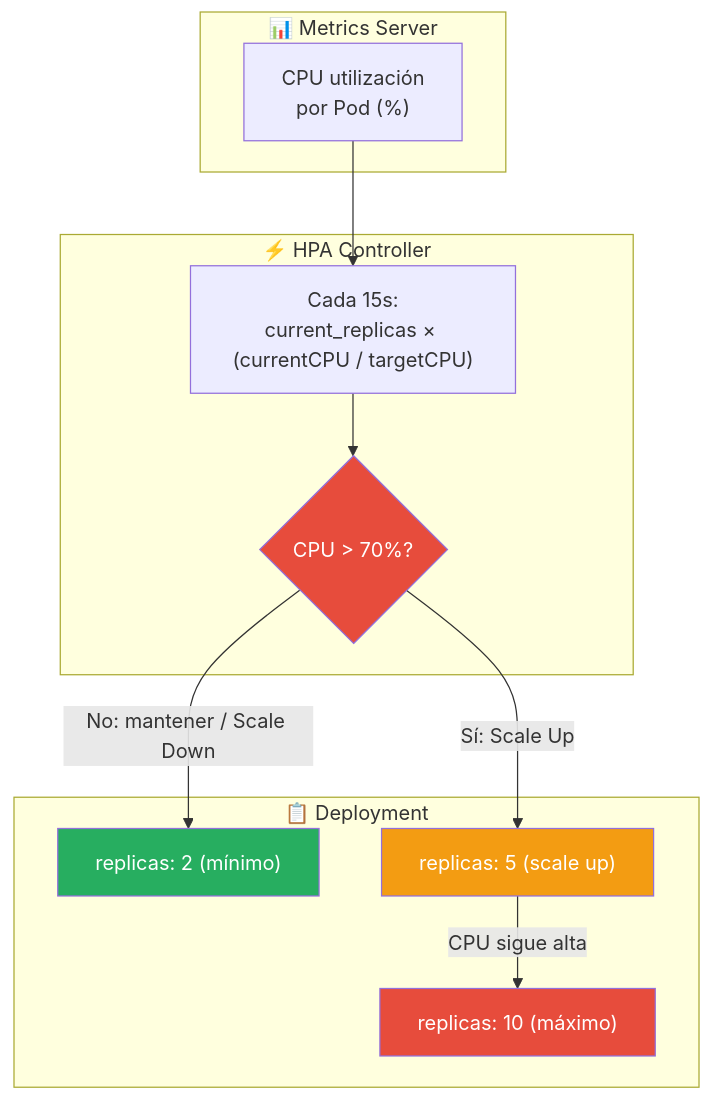
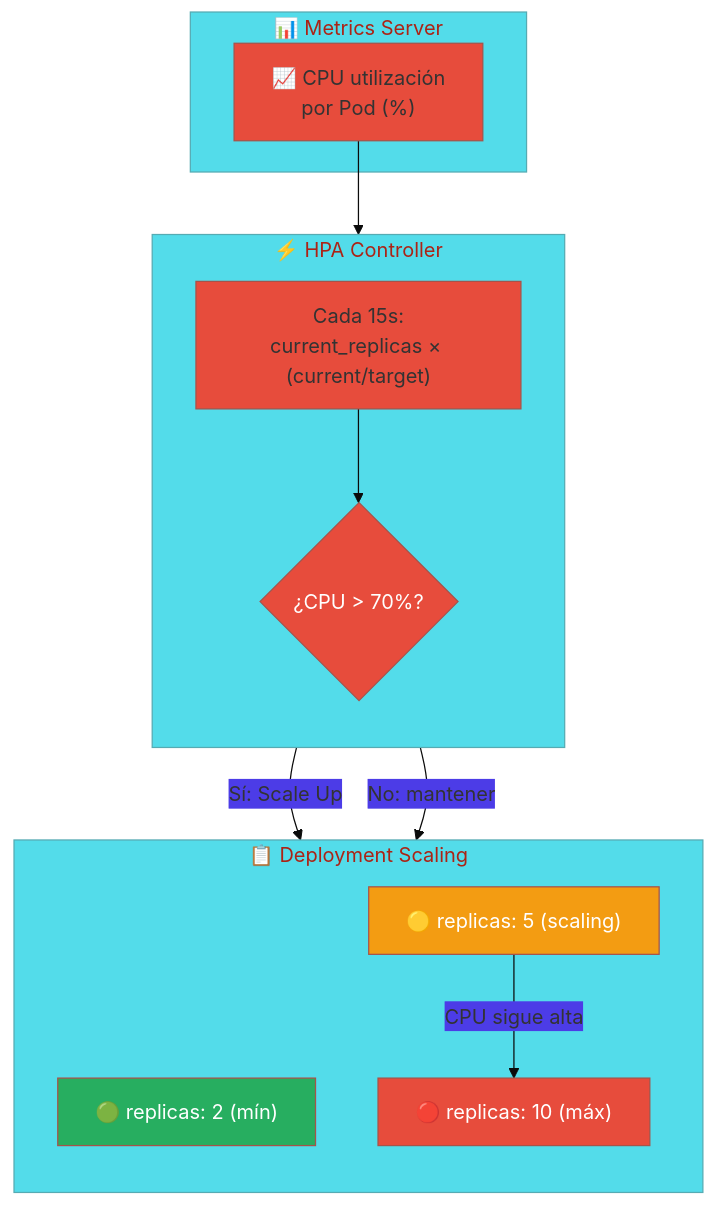
One commit to vladimiracunadev-create/proyectos-aws changed the fourth of 4 diagrams in caso-k-kubernetes-eks/docs/architecture.md. Above: the diagram before and after it, drawn with Mermaid. The commit also changed other lines of this file and 6 other files, not shown here.

Commit message:
docs: mass optimization of architecture diagrams for all completed cases (A, B, C, D, J, K, L) - vertical flow and premium styles

````diff
--- a/caso-k-kubernetes-eks/docs/architecture.md
+++ b/caso-k-kubernetes-eks/docs/architecture.md
@@ -144,28 +151,31 @@
 ```mermaid
+%%{init: {'theme': 'base', 'themeVariables': { 'primaryColor': '#E74C3C', 'fontsize': '16px' }}}%%
 graph TB
     subgraph Metrics["📊 Metrics Server"]
-        CPU["CPU utilización\npor Pod (%)"]
+        CPU["📈 CPU utilización\npor Pod (%)"]
     end
 
-    subgraph HPA["⚡ HPA Controller"]
-        Check["Cada 15s:\ncurrent_replicas × (currentCPU / targetCPU)"]
-        Decision{"CPU > 70%?"}
+    subgraph HPA_Controller["⚡ HPA Controller"]
+        direction TB
+        Check["Cada 15s:\ncurrent_replicas × (current/target)"]
+        Decision{"¿CPU > 70%?"}
     end
 
-    subgraph Deployment["📋 Deployment"]
-        Pods_2["replicas: 2 (mínimo)"]
-        Pods_5["replicas: 5 (scale up)"]
-        Pods_10["replicas: 10 (máximo)"]
+    subgraph DeploymentScale["📋 Deployment Scaling"]
+        direction TB
+        Pods_2["🟢 replicas: 2 (mín)"]
+        Pods_5["🟡 replicas: 5 (scaling)"]
+        Pods_10["🔴 replicas: 10 (máx)"]
     end
 
     CPU --> Check
     Check --> Decision
     Decision -->|"Sí: Scale Up"| Pods_5
-    Decision -->|"No: mantener / Scale Down"| Pods_2
+    Decision -->|"No: mantener"| Pods_2
     Pods_5 -->|"CPU sigue alta"| Pods_10
 
     style Decision fill:#E74C3C,color:#fff
     style Pods_5 fill:#F39C12,color:#fff
     style Pods_10 fill:#E74C3C,color:#fff
     style Pods_2 fill:#27AE60,color:#fff
 ```
````
